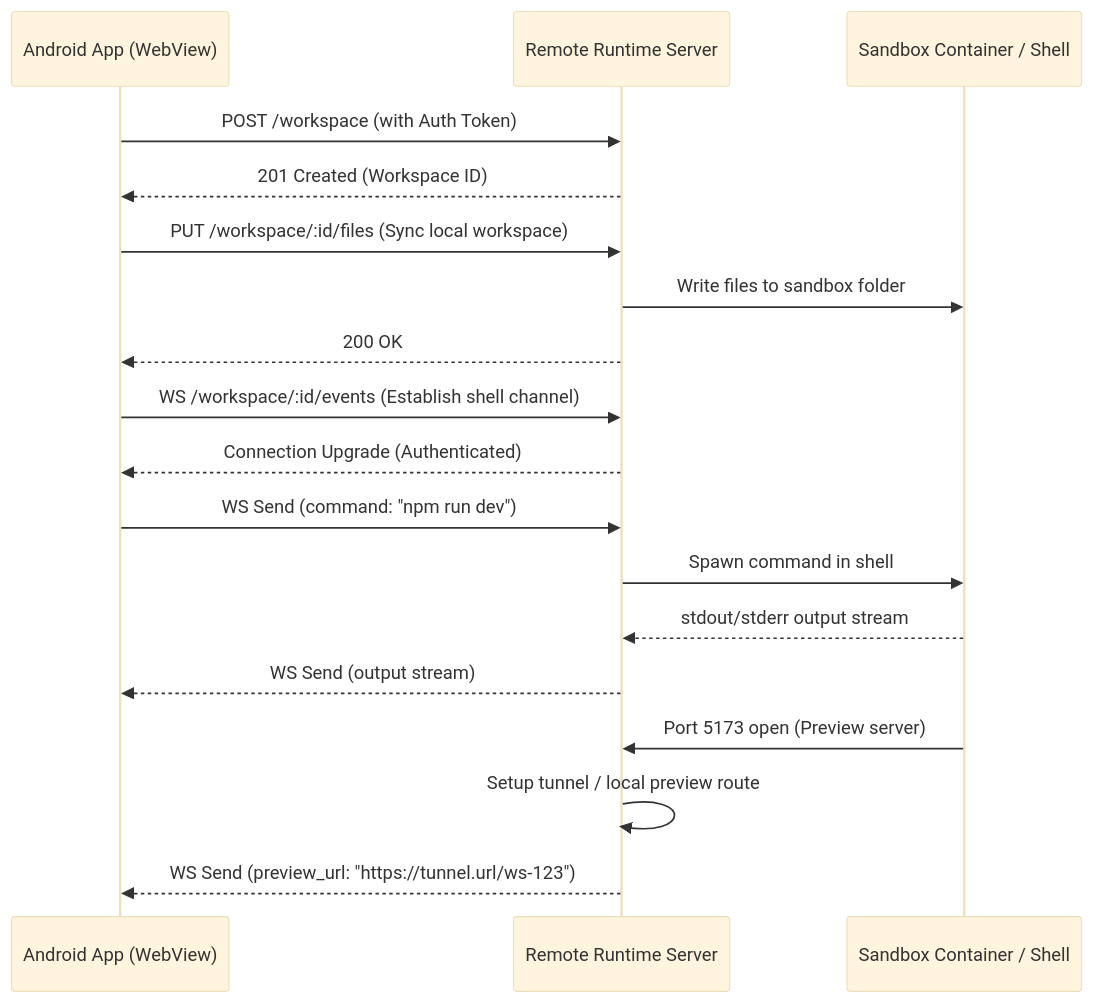
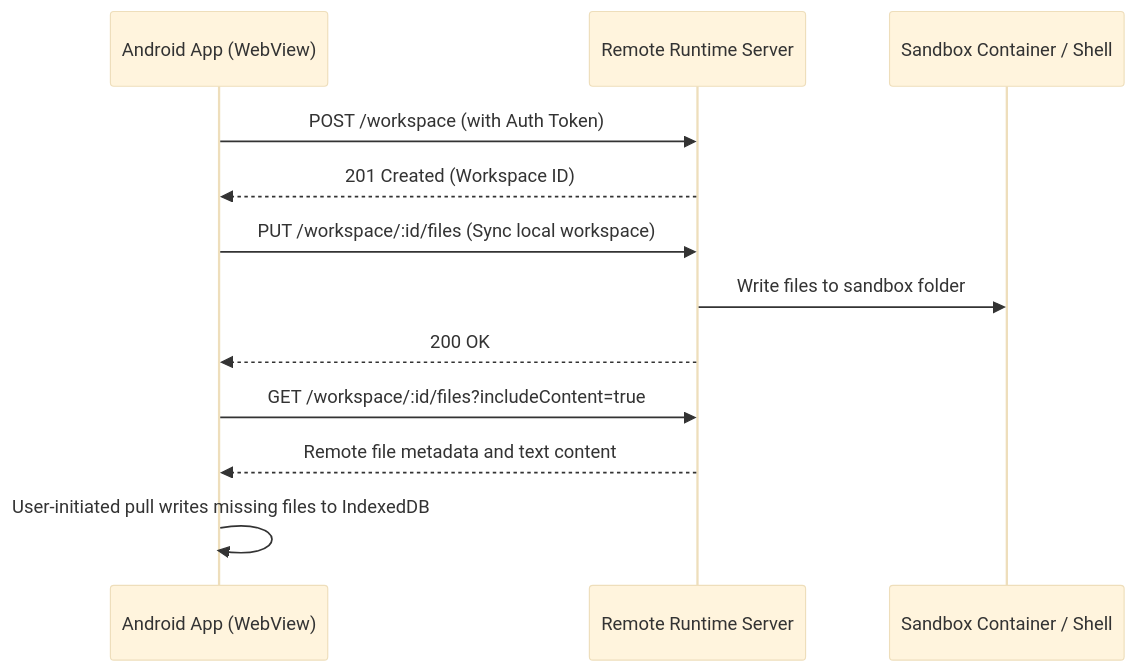
The diagram in docs/REMOTE_RUNTIME.md (mertgoevse-wq/bolt-diy-android), drawn with Mermaid (base theme) before and after one commit. The commit also changed other lines of this file and 12 other files, not shown here.

````diff
--- a/docs/REMOTE_RUNTIME.md
+++ b/docs/REMOTE_RUNTIME.md
@@ -11,25 +11,17 @@
 ```mermaid
 sequenceDiagram
     participant App as Android App (WebView)
     participant Server as Remote Runtime Server
     participant Docker as Sandbox Container / Shell
 
     App->>Server: POST /workspace (with Auth Token)
     Server-->>App: 201 Created (Workspace ID)
     
     App->>Server: PUT /workspace/:id/files (Sync local workspace)
     Server->>Docker: Write files to sandbox folder
     Server-->>App: 200 OK
 
-    App->>Server: WS /workspace/:id/events (Establish shell channel)
-    Server-->>App: Connection Upgrade (Authenticated)
-
-    App->>Server: WS Send (command: "npm run dev")
-    Server->>Docker: Spawn command in shell
-    Docker-->>Server: stdout/stderr output stream
-    Server-->>App: WS Send (output stream)
-    
-    Docker->>Server: Port 5173 open (Preview server)
-    Server->>Server: Setup tunnel / local preview route
-    Server-->>App: WS Send (preview_url: "https://tunnel.url/ws-123")
+    App->>Server: GET /workspace/:id/files?includeContent=true
+    Server-->>App: Remote file metadata and text content
+    App->>App: User-initiated pull writes missing files to IndexedDB
 ```
````
